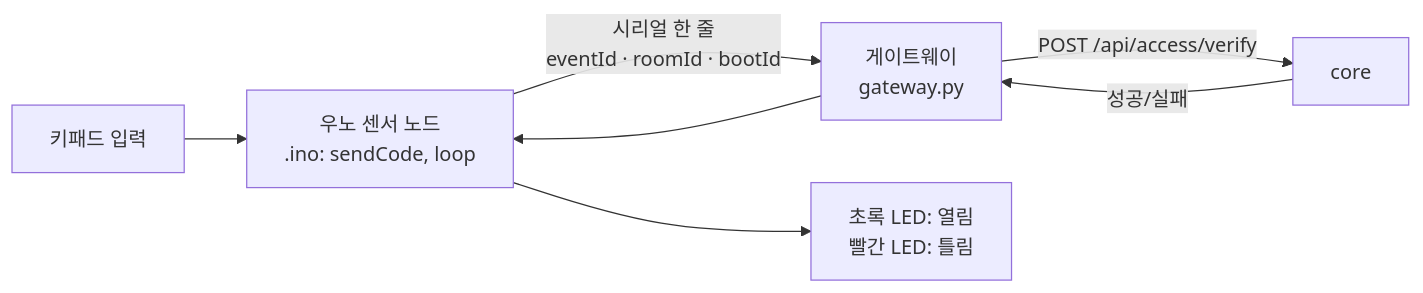
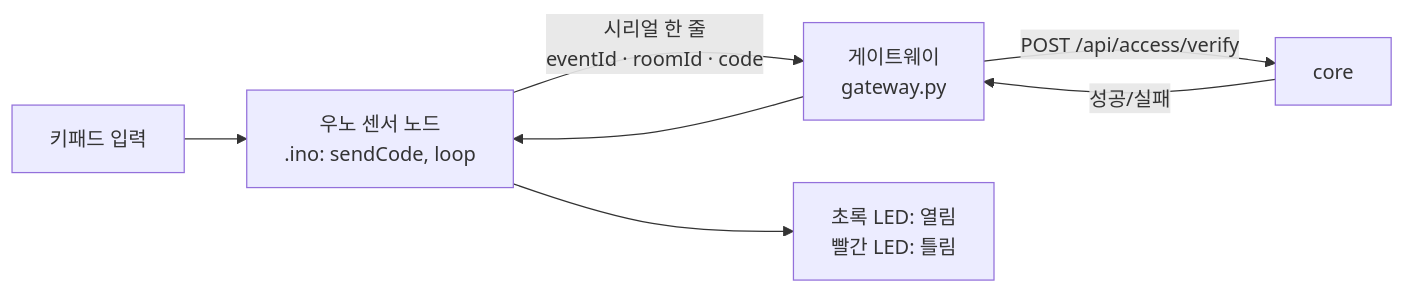
The first of 2 diagrams in meetings/2026-11-03-4차-회의.md (AI-go-do/docs), drawn with Mermaid before and after one commit. The commit also changed other lines of this file, not shown here.

First line of the commit message:
docs: 4차 회의 bootId 설명 바로잡기 (eventId 안에 들어감)

````diff
--- a/meetings/2026-11-03-4차-회의.md
+++ b/meetings/2026-11-03-4차-회의.md
@@ -49,8 +49,8 @@
 ```mermaid
 flowchart LR
     key[키패드 입력] --> uno[우노 센서 노드<br/>.ino: sendCode, loop]
-    uno -- 시리얼 한 줄<br/>eventId · roomId · bootId --> gw[게이트웨이<br/>gateway.py]
+    uno -- 시리얼 한 줄<br/>eventId · roomId · code --> gw[게이트웨이<br/>gateway.py]
     gw -- POST /api/access/verify --> core[core]
     core -- 성공/실패 --> gw --> uno
     uno --> led[초록 LED: 열림<br/>빨간 LED: 틀림]
 ```
````
